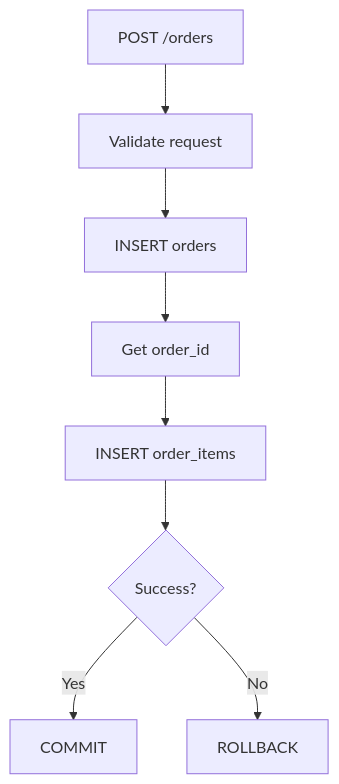
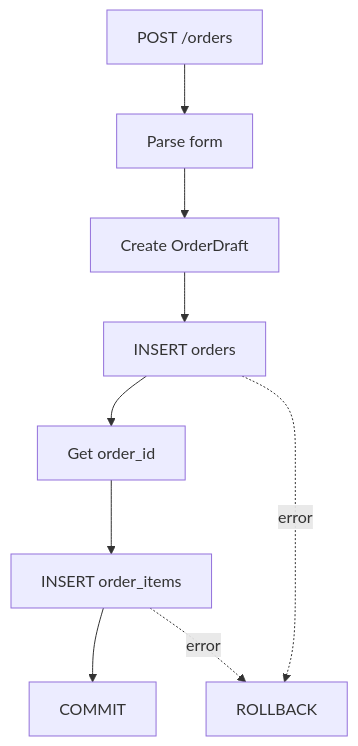
One commit to gyakusu/fastapi-postgres-demo changed the fourth of 7 diagrams in README.md. Above: the diagram before and after it, drawn with Mermaid. The commit also changed other lines of this file, not shown here.

````diff
--- a/README.md
+++ b/README.md
@@ -365,10 +292,20 @@
 ```mermaid
 flowchart TD
-    A[POST /orders] --> B[Validate request]
-    B --> C[INSERT orders]
-    C --> D[Get order_id]
-    D --> E[INSERT order_items]
-    E --> F{Success?}
-    F -->|Yes| G[COMMIT]
-    F -->|No| H[ROLLBACK]
+    A[POST /orders]
+    B[Parse form]
+    C[Create OrderDraft]
+    D[INSERT orders]
+    E[Get order_id]
+    F[INSERT order_items]
+    G[COMMIT]
+    H[ROLLBACK]
+
+    A --> B
+    B --> C
+    C --> D
+    D --> E
+    E --> F
+    F --> G
+    D -. error .-> H
+    F -. error .-> H
 ```
````
